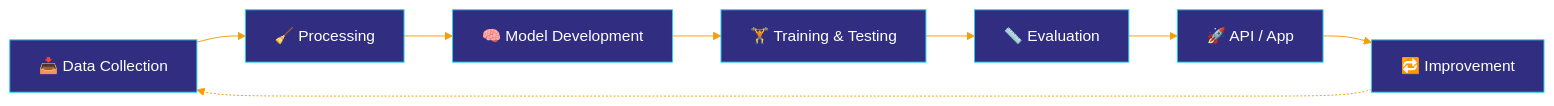
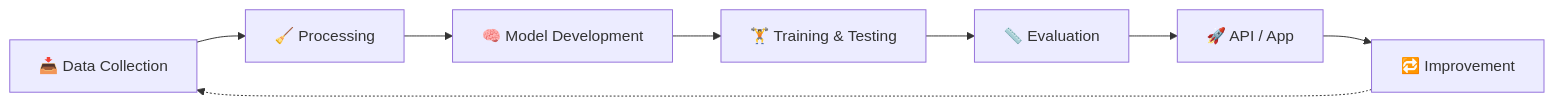
The diagram in README.md (HadiaWaheed/HadiaWaheed), drawn with Mermaid before and after one commit. The commit also changed other lines of this file, not shown here.

````diff
--- a/README.md
+++ b/README.md
@@ -133,11 +128,10 @@
 ```mermaid
-%%{init: {'theme':'base','themeVariables':{'primaryColor':'#312E81','primaryTextColor':'#ffffff','primaryBorderColor':'#22D3EE','lineColor':'#F59E0B','secondaryColor':'#0B1220','tertiaryColor':'#0B1220'}}}%%
 flowchart LR
     A[📥 Data Collection] --> B[🧹 Processing]
     B --> C[🧠 Model Development]
     C --> D[🏋️ Training & Testing]
     D --> E[📏 Evaluation]
     E --> F[🚀 API / App]
     F --> G[🔁 Improvement]
     G -.-> A
 ```
````
